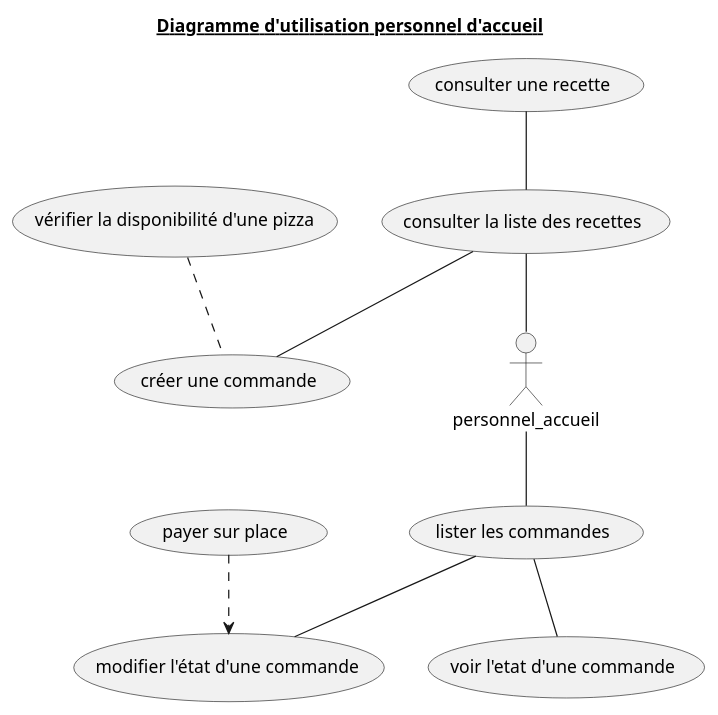
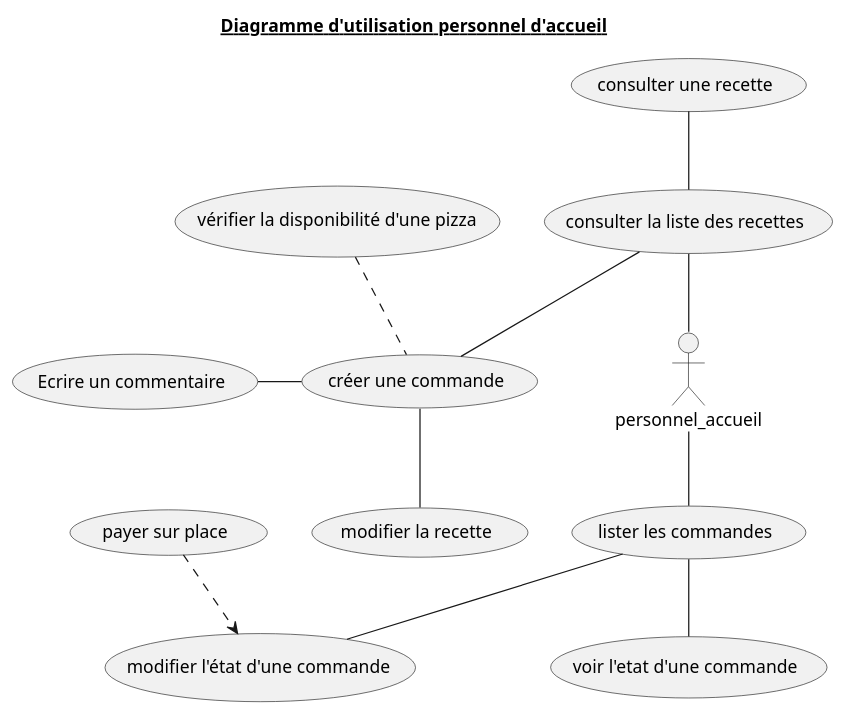
The diagram in doc/uml/2_Accueil_UseCaseDiagram.puml (Zepmanbc/oc_dapython_pr4), drawn with PlantUML before and after one commit. The commit also changed 24 other files, not shown here.

```diff
--- a/doc/uml/2_Accueil_UseCaseDiagram.puml
+++ b/doc/uml/2_Accueil_UseCaseDiagram.puml
@@ -1,41 +1,45 @@
 @startuml 2_Accueil_UseCaseDiagram
 
 title <u>Diagramme d'utilisation personnel d'accueil</u>
 'left to right direction
 actor personnel_accueil as ACCUEIL
 
 'COMMANDES
     (créer une commande) AS CREATE_CMD
+    (modifier la recette) AS CUSTO_CMD
+    (Ecrire un commentaire) AS COMMENT_CMD
     (lister les commandes) AS LIST_CMD
     (voir l'etat d'une commande) AS SHOW_STATE_CMD
     (modifier l'état d'une commande) AS MODIFY_STATE_CMD
     (payer sur place) AS PAY_STORE_CMD
     ' (annuler une commande) AS CANCEL_CMD
 
 ' RECETTE
     (consulter la liste des recettes) AS LIST_RECIPE
     (consulter une recette) AS SHOW_RECIPE
     (vérifier la disponibilité d'une pizza) AS AVAIL_RECIPE
 
 ' INGREDIENTS
 
 LIST_RECIPE -- ACCUEIL
 ' ACCUEIL - CREATE_CMD
 
 ' ACCUEIL -- MODIFY_STATE_CMD
 
 ACCUEIL -- LIST_CMD
 ' ACCUEIL -l- SHOW_STATE_CMD
 ' ACCUEIL -l- CANCEL_CMD
 
 SHOW_RECIPE -- LIST_RECIPE
 AVAIL_RECIPE .. CREATE_CMD
 
 ' SHOW_STATE_CMD .l. CANCEL_CMD
 PAY_STORE_CMD .d.> MODIFY_STATE_CMD
 LIST_CMD -- SHOW_STATE_CMD
 LIST_CMD -- MODIFY_STATE_CMD
 
 LIST_RECIPE -- CREATE_CMD
+CREATE_CMD -- CUSTO_CMD
+COMMENT_CMD - CREATE_CMD
 
 @enduml
```
